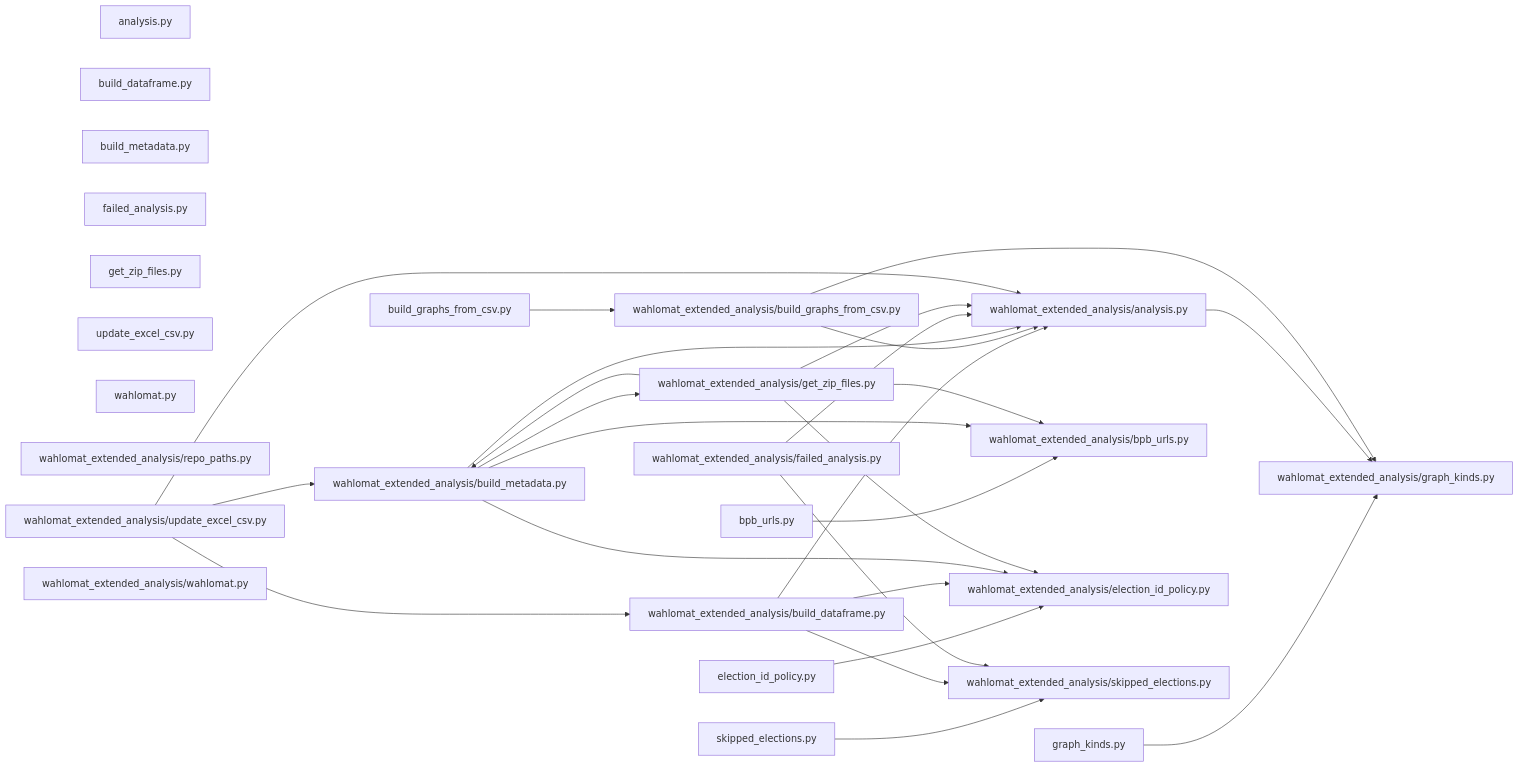
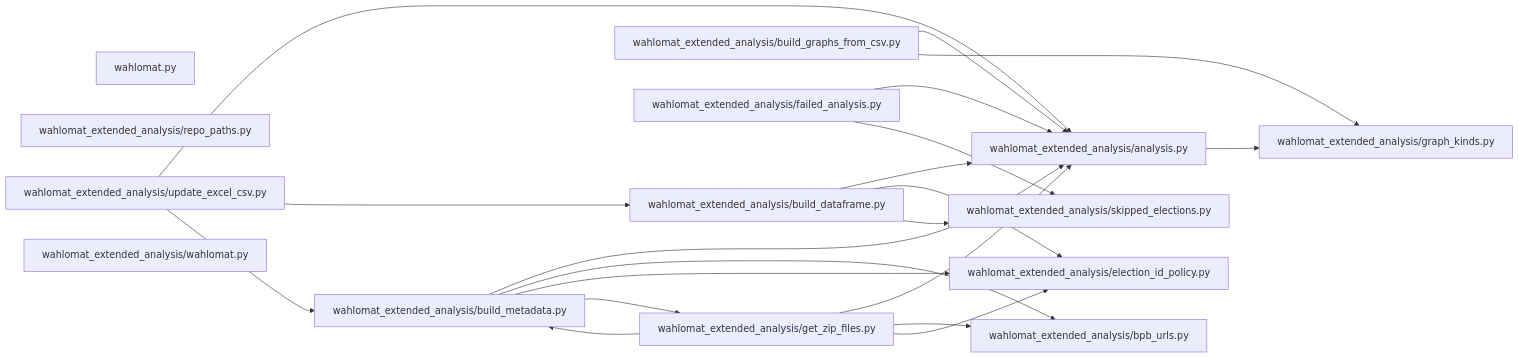
The second of 2 diagrams in docs/ARCHITECTURE.md (skbormann/wahlomat-extended-analysis), drawn with Mermaid before and after one commit. The commit also changed 24 other files, not shown here.

````diff
--- a/docs/ARCHITECTURE.md
+++ b/docs/ARCHITECTURE.md
@@ -57,52 +57,36 @@
 ```mermaid
 flowchart LR
-  m_analysis["analysis.py"]
-  m_bpb_urls["bpb_urls.py"]
-  m_build_dataframe["build_dataframe.py"]
-  m_build_graphs_from_csv["build_graphs_from_csv.py"]
-  m_build_metadata["build_metadata.py"]
-  m_election_id_policy["election_id_policy.py"]
-  m_failed_analysis["failed_analysis.py"]
-  m_get_zip_files["get_zip_files.py"]
-  m_graph_kinds["graph_kinds.py"]
-  m_skipped_elections["skipped_elections.py"]
-  m_update_excel_csv["update_excel_csv.py"]
   m_wahlomat["wahlomat.py"]
   m_wahlomat_extended_analysis_analysis["wahlomat_extended_analysis/analysis.py"]
   m_wahlomat_extended_analysis_bpb_urls["wahlomat_extended_analysis/bpb_urls.py"]
   m_wahlomat_extended_analysis_build_dataframe["wahlomat_extended_analysis/build_dataframe.py"]
   m_wahlomat_extended_analysis_build_graphs_from_csv["wahlomat_extended_analysis/build_graphs_from_csv.py"]
   m_wahlomat_extended_analysis_build_metadata["wahlomat_extended_analysis/build_metadata.py"]
   m_wahlomat_extended_analysis_election_id_policy["wahlomat_extended_analysis/election_id_policy.py"]
   m_wahlomat_extended_analysis_failed_analysis["wahlomat_extended_analysis/failed_analysis.py"]
   m_wahlomat_extended_analysis_get_zip_files["wahlomat_extended_analysis/get_zip_files.py"]
   m_wahlomat_extended_analysis_graph_kinds["wahlomat_extended_analysis/graph_kinds.py"]
   m_wahlomat_extended_analysis_repo_paths["wahlomat_extended_analysis/repo_paths.py"]
   m_wahlomat_extended_analysis_skipped_elections["wahlomat_extended_analysis/skipped_elections.py"]
   m_wahlomat_extended_analysis_update_excel_csv["wahlomat_extended_analysis/update_excel_csv.py"]
   m_wahlomat_extended_analysis_wahlomat["wahlomat_extended_analysis/wahlomat.py"]
-  m_bpb_urls --> m_wahlomat_extended_analysis_bpb_urls
-  m_build_graphs_from_csv --> m_wahlomat_extended_analysis_build_graphs_from_csv
-  m_election_id_policy --> m_wahlomat_extended_analysis_election_id_policy
-  m_graph_kinds --> m_wahlomat_extended_analysis_graph_kinds
-  m_skipped_elections --> m_wahlomat_extended_analysis_skipped_elections
   m_wahlomat_extended_analysis_analysis --> m_wahlomat_extended_analysis_graph_kinds
   m_wahlomat_extended_analysis_build_dataframe --> m_wahlomat_extended_analysis_analysis
   m_wahlomat_extended_analysis_build_dataframe --> m_wahlomat_extended_analysis_election_id_policy
   m_wahlomat_extended_analysis_build_dataframe --> m_wahlomat_extended_analysis_skipped_elections
   m_wahlomat_extended_analysis_build_graphs_from_csv --> m_wahlomat_extended_analysis_analysis
   m_wahlomat_extended_analysis_build_graphs_from_csv --> m_wahlomat_extended_analysis_graph_kinds
   m_wahlomat_extended_analysis_build_metadata --> m_wahlomat_extended_analysis_analysis
   m_wahlomat_extended_analysis_build_metadata --> m_wahlomat_extended_analysis_bpb_urls
   m_wahlomat_extended_analysis_build_metadata --> m_wahlomat_extended_analysis_election_id_policy
   m_wahlomat_extended_analysis_build_metadata --> m_wahlomat_extended_analysis_get_zip_files
   m_wahlomat_extended_analysis_failed_analysis --> m_wahlomat_extended_analysis_analysis
   m_wahlomat_extended_analysis_failed_analysis --> m_wahlomat_extended_analysis_skipped_elections
   m_wahlomat_extended_analysis_get_zip_files --> m_wahlomat_extended_analysis_analysis
   m_wahlomat_extended_analysis_get_zip_files --> m_wahlomat_extended_analysis_bpb_urls
   m_wahlomat_extended_analysis_get_zip_files --> m_wahlomat_extended_analysis_build_metadata
   m_wahlomat_extended_analysis_get_zip_files --> m_wahlomat_extended_analysis_election_id_policy
   m_wahlomat_extended_analysis_update_excel_csv --> m_wahlomat_extended_analysis_analysis
   m_wahlomat_extended_analysis_update_excel_csv --> m_wahlomat_extended_analysis_build_dataframe
   m_wahlomat_extended_analysis_update_excel_csv --> m_wahlomat_extended_analysis_build_metadata
 ```
````
